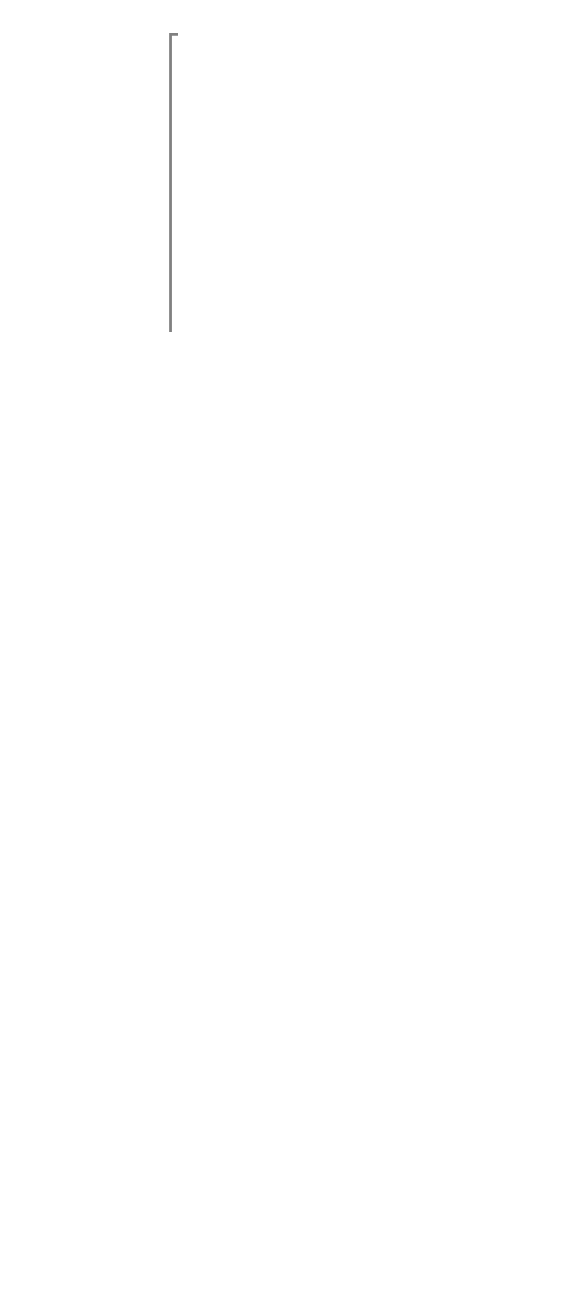
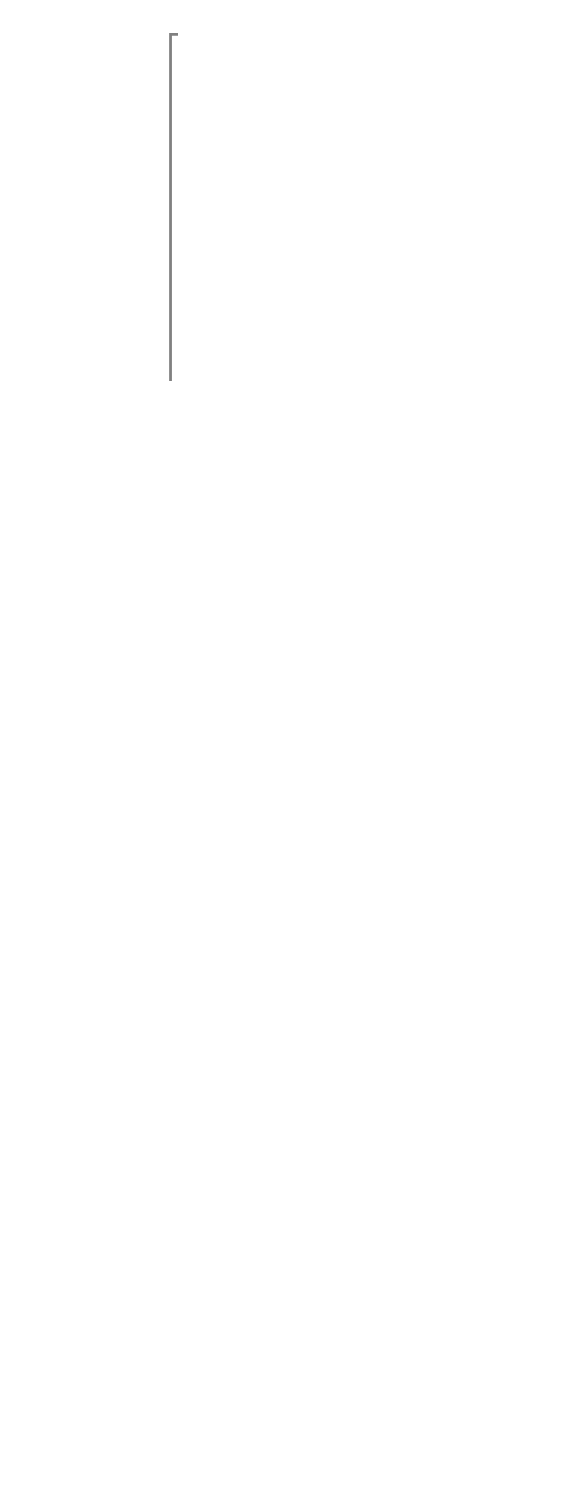
One commit to aml-org/amf changed the diagram in amf-ecosystem-modules.dot. Above: the diagram before and after it, drawn with Graphviz. The commit also changed 1 other file, not shown here.

Commit message:
chore(docs): updated artifact dependency diagramas

```diff
--- a/amf-ecosystem-modules.dot
+++ b/amf-ecosystem-modules.dot
@@ -1,27 +1,28 @@
 # http://www.graphviz.org/content/cluster
 # to generate image run: dot -Tpng amf-ecosystem-modules.dot > amf-ecosystem-modules.png
 
 digraph G {
     graph [ dpi = 300 ];
     # modules
     subgraph cluster_0 {
         "amf-client" [style=dashed]
 	    "amf-webapi"
+	    "amf-shapes"
 	    color=gray
     }
     subgraph cluster_1 {
         "amf-custom-validation"
     	"amf-aml" [style=dashed]
 	    "amf-validation"
 	    color=gray
     }
     
     subgraph cluster_2 {
 	    "amf-core"
 	    color=gray
     }
     
 	# dependencies
-	"amf-client" -> "amf-webapi"
-	"amf-webapi" -> "amf-custom-validation" -> "amf-aml" -> "amf-validation" -> "amf-core" [label="dependsOn"]
+	"amf-client" -> "amf-webapi" -> "amf-shapes"
+	"amf-shapes" -> "amf-custom-validation" -> "amf-aml" -> "amf-validation" -> "amf-core" [label="dependsOn"]
 }
```
